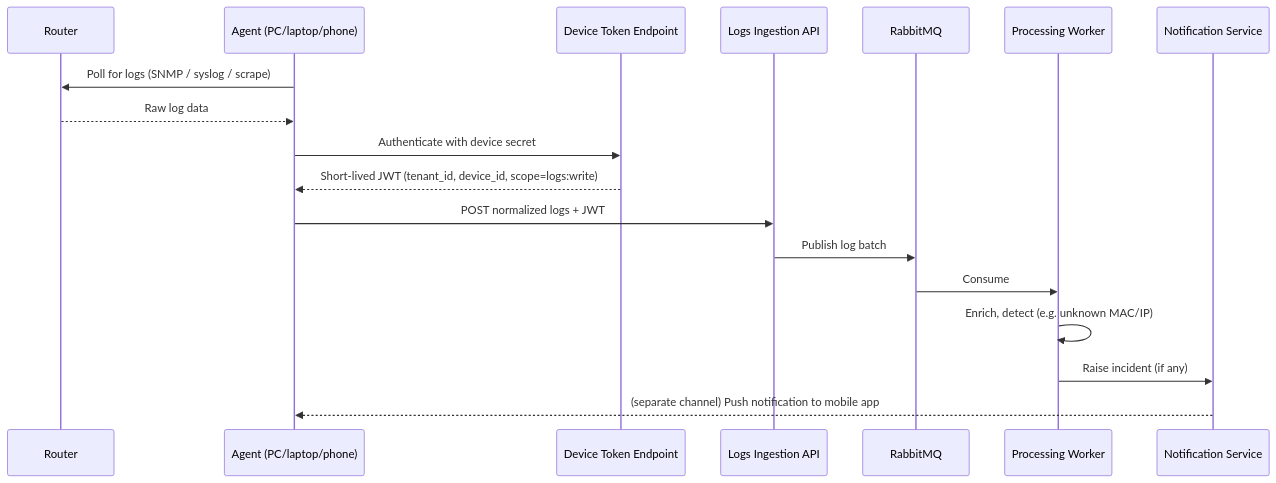
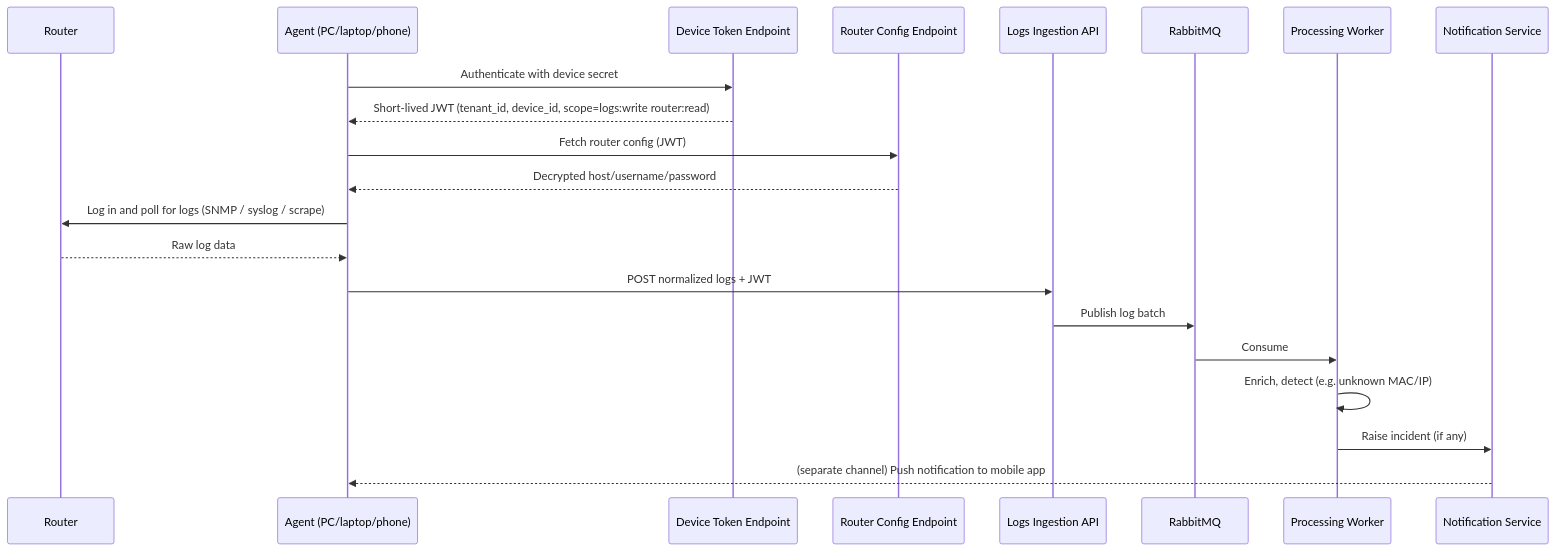
Before and after one commit to dzaba1/HomeSecurity: the diagram in docs/architecture/05-agents-and-ingestion.md, drawn with Mermaid. The commit also changed other lines of this file and 5 other files, not shown here.

````diff
--- a/docs/architecture/05-agents-and-ingestion.md
+++ b/docs/architecture/05-agents-and-ingestion.md
@@ -50,21 +62,24 @@
 ```mermaid
 sequenceDiagram
   participant R as Router
   participant A as Agent (PC/laptop/phone)
   participant T as Device Token Endpoint
+  participant C as Router Config Endpoint
   participant I as Logs Ingestion API
   participant Q as RabbitMQ
   participant W as Processing Worker
   participant N as Notification Service
 
-  A->>R: Poll for logs (SNMP / syslog / scrape)
+  A->>T: Authenticate with device secret
+  T-->>A: Short-lived JWT (tenant_id, device_id, scope=logs:write router:read)
+  A->>C: Fetch router config (JWT)
+  C-->>A: Decrypted host/username/password
+  A->>R: Log in and poll for logs (SNMP / syslog / scrape)
   R-->>A: Raw log data
-  A->>T: Authenticate with device secret
-  T-->>A: Short-lived JWT (tenant_id, device_id, scope=logs:write)
   A->>I: POST normalized logs + JWT
   I->>Q: Publish log batch
   Q->>W: Consume
   W->>W: Enrich, detect (e.g. unknown MAC/IP)
   W->>N: Raise incident (if any)
   N-->>A: (separate channel) Push notification to mobile app
 ```
````
